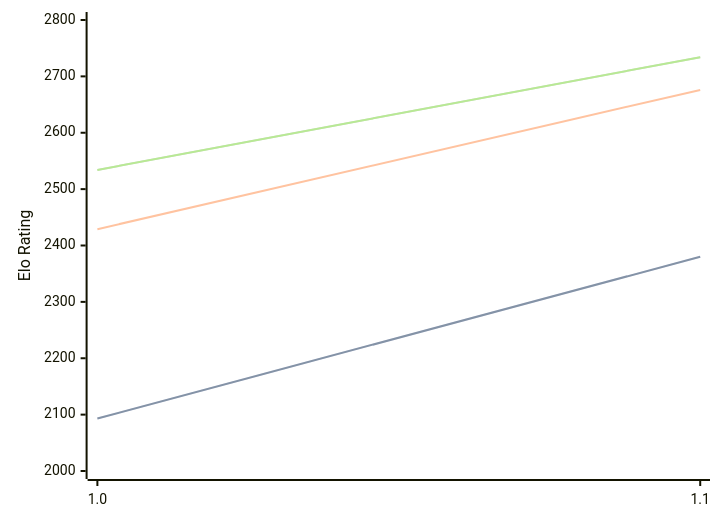
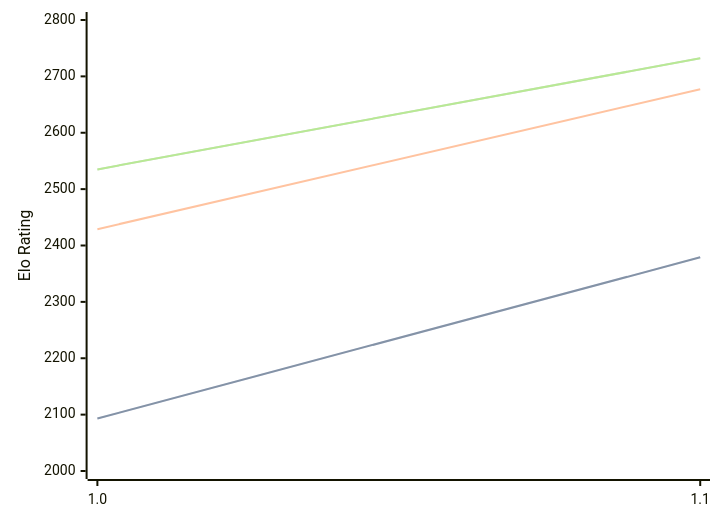
One commit to computer-chess-index/cci changed the diagram in engines/Erinn.md. Above: the diagram before and after it, drawn with Mermaid. The commit also changed other lines of this file, not shown here.

Commit message:
Update CCI Ratings (ELO VLTC) - 2026-09-16

````diff
--- a/engines/Erinn.md
+++ b/engines/Erinn.md
@@ -32,11 +32,11 @@
 ```mermaid
 %%{init: {"theme":"base","themeVariables":{"seriesColors:['#a3a3a3','#222221','#faa371']}}}%%
 xychart-beta
   x-axis ["1.0", "1.1"]
   y-axis "Elo Rating" 2000 --> 2800
-  line "" [2093, 2380]
-  line "STC (8.0+0.08s)" [2093, 2380]
-  line "LTC (60.0+0.60s)" [2429, 2676]
-  line "" [2534, 2734]
-  line "VLTC (2m24s+1.12s)" [2534, 2734]
+  line "" [2093, 2379]
+  line "STC (8.0+0.08s)" [2093, 2379]
+  line "LTC (60.0+0.60s)" [2429, 2677]
+  line "" [2535, 2732]
+  line "VLTC (2m24s+1.12s)" [2535, 2732]
 ```
````
